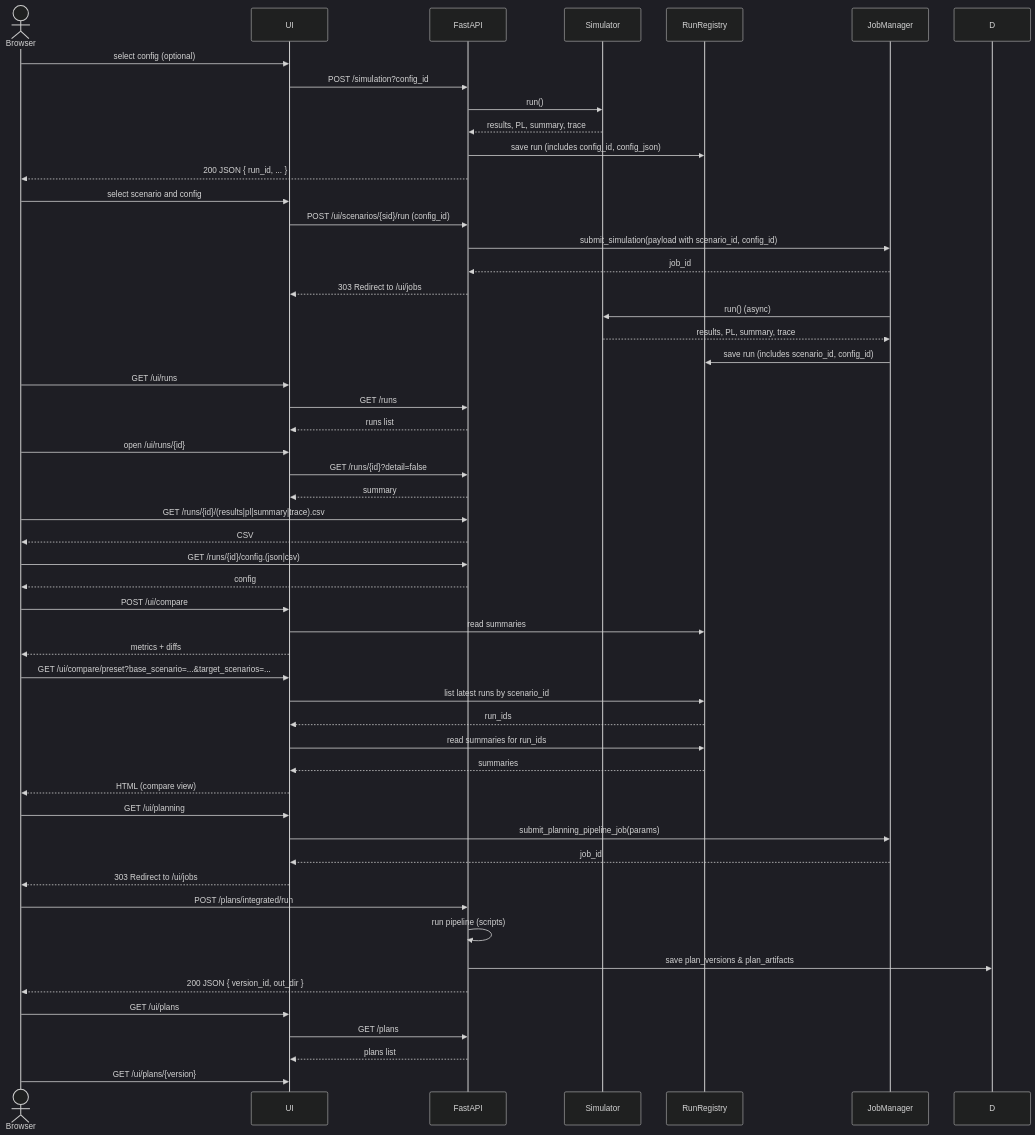
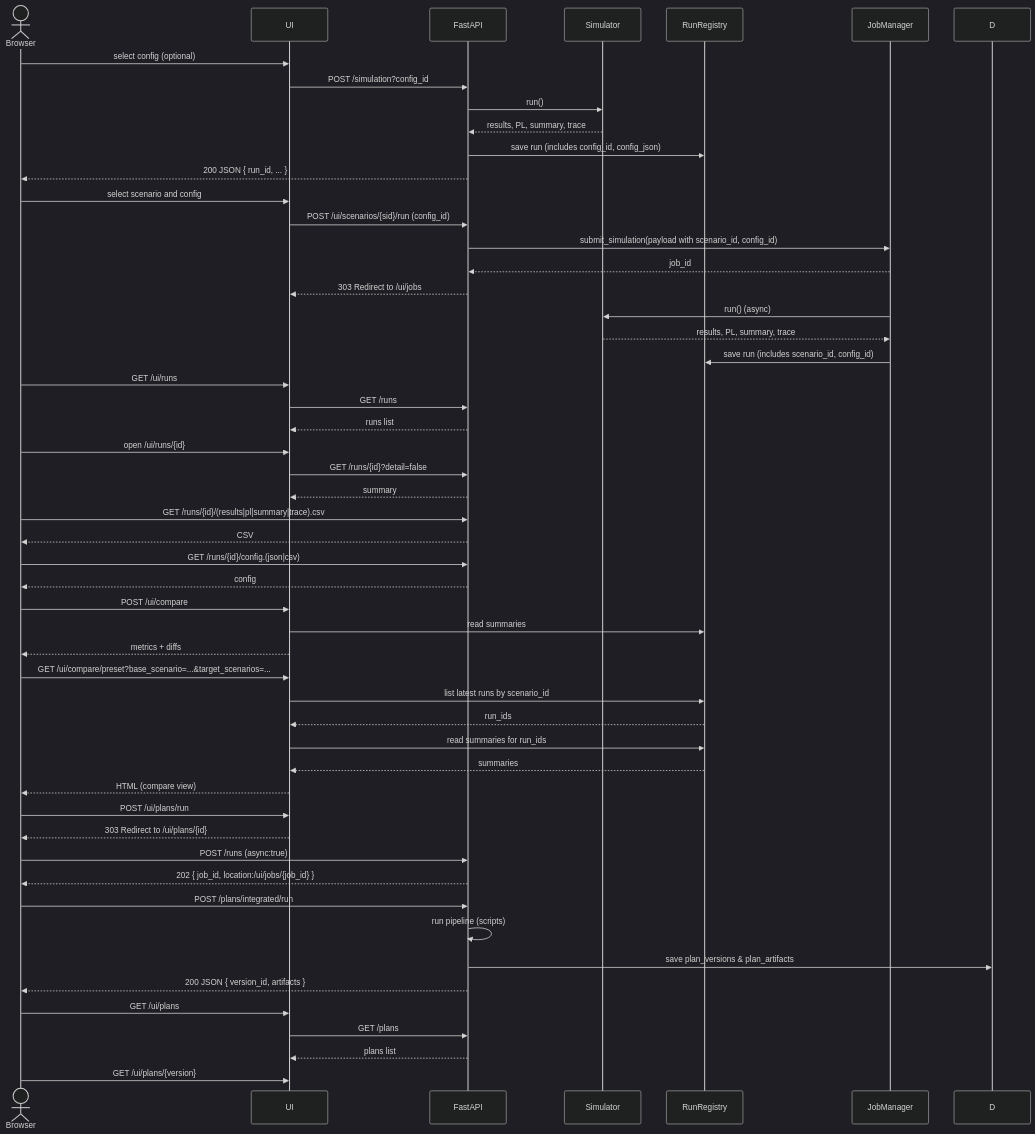
One commit to miumigy/scpln changed the third of 3 diagrams in README.md. Above: the diagram before and after it, drawn with Mermaid (dark theme). The commit also changed 6 other files, not shown here.

````diff
--- a/README.md
+++ b/README.md
@@ -671,74 +671,74 @@
 ```mermaid
 sequenceDiagram
   actor User as Browser
   participant UI as UI
   participant API as FastAPI
   participant Sim as Simulator
   participant REG as RunRegistry
   participant JM as JobManager
 
   %% Run 実行
   User->>UI: select config (optional)
   UI->>API: POST /simulation?config_id
   API->>Sim: run()
   Sim-->>API: results, PL, summary, trace
   API->>REG: save run (includes config_id, config_json)
   API-->>User: 200 JSON { run_id, ... }
 
   %% シナリオからの実行
   User->>UI: select scenario and config
   UI->>API: POST /ui/scenarios/{sid}/run (config_id)
   API->>JM: submit_simulation(payload with scenario_id, config_id)
   JM-->>API: job_id
   API-->>UI: 303 Redirect to /ui/jobs
   JM->>Sim: run() (async)
   Sim-->>JM: results, PL, summary, trace
   JM->>REG: save run (includes scenario_id, config_id)
 
   %% 履歴一覧
   User->>UI: GET /ui/runs
   UI->>API: GET /runs
   API-->>UI: runs list
 
   %% 詳細
   User->>UI: open /ui/runs/{id}
   UI->>API: GET /runs/{id}?detail=false
   API-->>UI: summary
 
   %% CSVs
   User->>API: GET /runs/{id}/(results|pl|summary|trace).csv
   API-->>User: CSV
   User->>API: GET /runs/{id}/config.(json|csv)
   API-->>User: config
 
   %% 比較
   User->>UI: POST /ui/compare
   UI->>REG: read summaries
   UI-->>User: metrics + diffs
 
   %% シナリオ比較プリセット
   User->>UI: GET /ui/compare/preset?base_scenario=...&target_scenarios=... 
   UI->>REG: list latest runs by scenario_id
   REG-->>UI: run_ids
   UI->>REG: read summaries for run_ids
   REG-->>UI: summaries
   UI-->>User: HTML (compare view)
 
-  %% 集約/詳細計画 UI（パイプライン実行）
-  User->>UI: GET /ui/planning
-  UI->>JM: submit_planning_pipeline_job(params)
-  JM-->>UI: job_id
-  UI-->>User: 303 Redirect to /ui/jobs
+  %% Hub UI（実行）
+  User->>UI: POST /ui/plans/run
+  UI-->>User: 303 Redirect to /ui/plans/{id}
+  User->>API: POST /runs (async:true)
+  API-->>User: 202 { job_id, location:/ui/jobs/{job_id} }
 
   %% 統合API（プラン生成・保存）
   User->>API: POST /plans/integrated/run
   API->>API: run pipeline (scripts)
   API->>D: save plan_versions & plan_artifacts
-  API-->>User: 200 JSON { version_id, out_dir }
+  API-->>User: 200 JSON { version_id, artifacts }
 
   %% プラン一覧/詳細
   User->>UI: GET /ui/plans
   UI->>API: GET /plans
   API-->>UI: plans list
   User->>UI: GET /ui/plans/{version}
 ```
````
